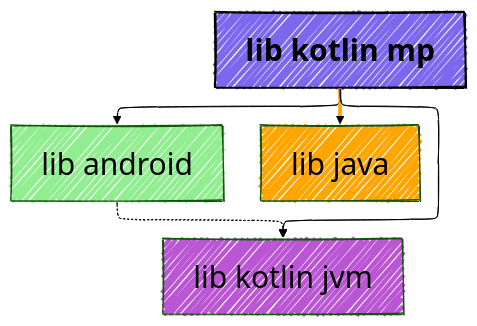
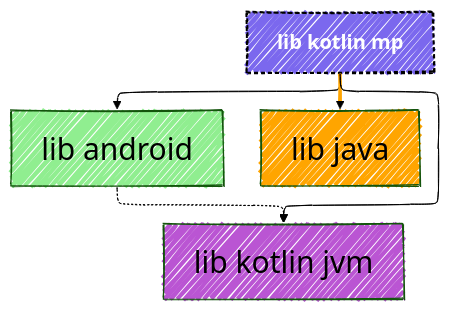
The diagram in samples/sample-mermaid/sample-lib-kotlin-mp/modular/chart.mmd (jonapoul/atlas), drawn with Mermaid before and after one commit. The commit also changed 14 other files, not shown here.

```diff
--- a/samples/sample-mermaid/sample-lib-kotlin-mp/modular/chart.mmd
+++ b/samples/sample-mermaid/sample-lib-kotlin-mp/modular/chart.mmd
@@ -1,35 +1,35 @@
 ---
 config:
   layout: elk
   look: handDrawn
   theme: forest
   elk:
     mergeEdges: true
     forceNodeModelOrder: true
     nodePlacementStrategy: LINEAR_SEGMENTS
     cycleBreakingStrategy: INTERACTIVE
     considerModelOrder: PREFER_EDGES
   themeVariables:
     background: #FFF
     fontFamily: arial
     lineColor: #55FF55
     primaryBorderColor: #FF5555
     primaryColor: #ABC123
     darkMode: true
     fontSize: 30px
     defaultLinkColor: #5555FF
 ---
 graph TD
   lib_android["lib android"]
   lib_java["lib java"]
   lib_kotlin_jvm["lib kotlin jvm"]
   lib_kotlin_mp["lib kotlin mp"]
-  style lib_android fill:lightgreen,color:black
-  style lib_java fill:orange,color:black
-  style lib_kotlin_jvm fill:mediumorchid,color:black
-  style lib_kotlin_mp fill:mediumslateblue,color:black,font-weight:bold,stroke:black,stroke-width:2px
+  style lib_android fill:lightgreen,fillcolor:lightgreen
+  style lib_java fill:orange,fillcolor:orange
+  style lib_kotlin_jvm fill:mediumorchid,fillcolor:mediumorchid
+  style lib_kotlin_mp fill:mediumslateblue,font-weight:bold,stroke:black,stroke-width:2px,color:white,stroke-dasharray:4 3 2 1,font-size:20px,fillcolor:mediumslateblue
   lib_android -.-> lib_kotlin_jvm
   lib_kotlin_mp --> lib_android
   lib_kotlin_mp ==> lib_java
   linkStyle 2 stroke:orange
   lib_kotlin_mp --> lib_kotlin_jvm
```
